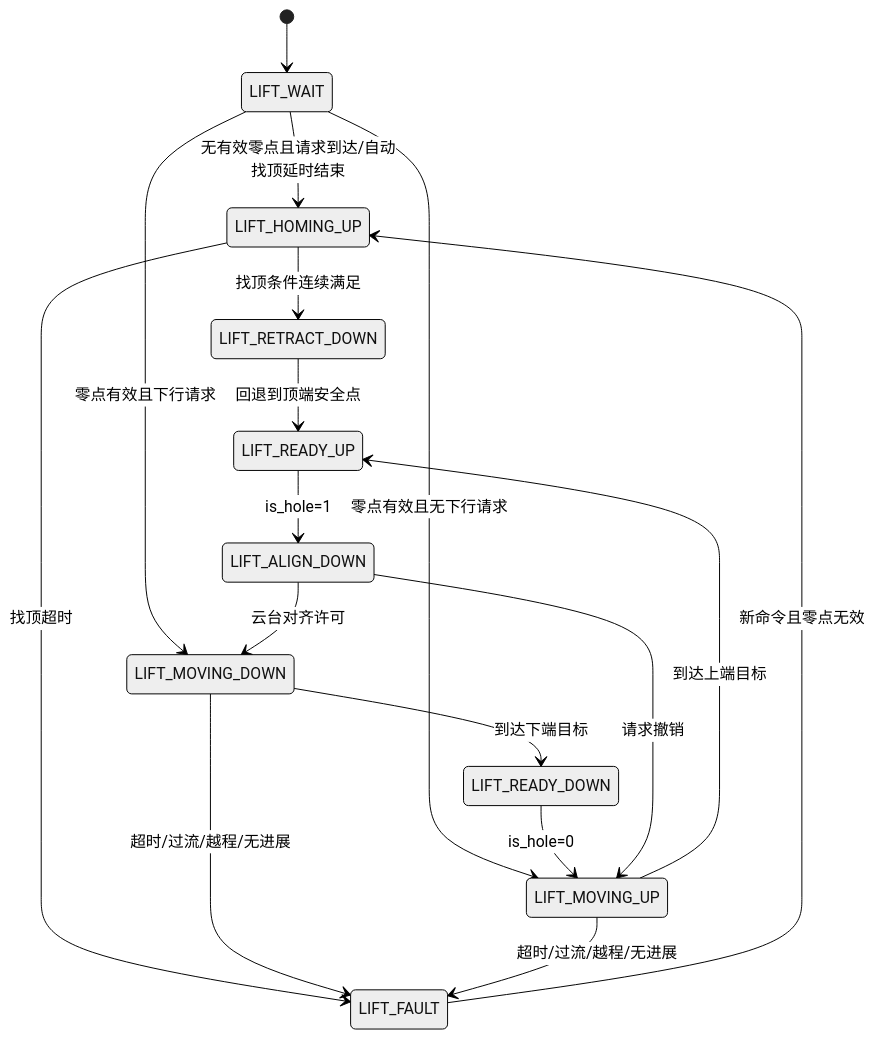
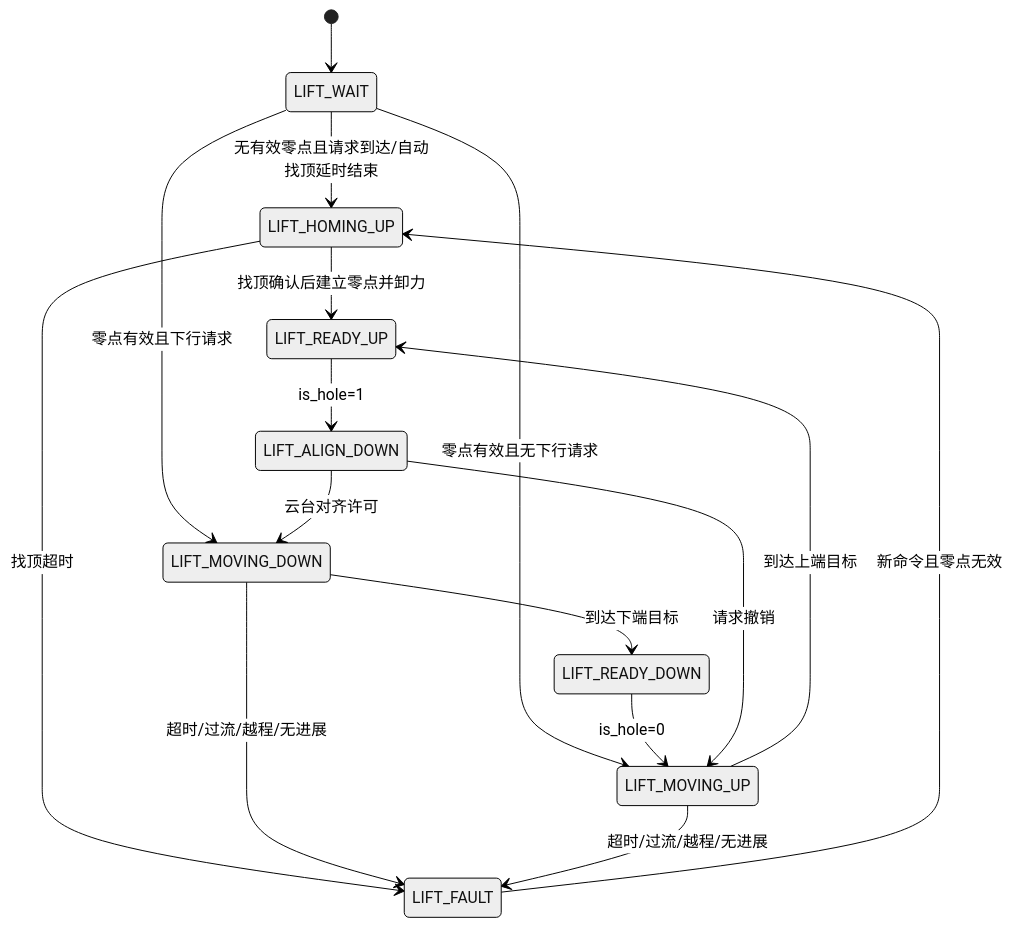
One commit to RP27-EC/27_HQZ changed the diagram in task_up/docs/lift.md. Above: the diagram before and after it, drawn with Mermaid (neutral theme). The commit also changed other lines of this file and 17 other files, not shown here.

````diff
--- a/task_up/docs/lift.md
+++ b/task_up/docs/lift.md
@@ -9,19 +36,18 @@
 ```mermaid
 stateDiagram-v2
   [*] --> LIFT_WAIT
   LIFT_WAIT --> LIFT_HOMING_UP: 无有效零点且请求到达/自动找顶延时结束
   LIFT_WAIT --> LIFT_MOVING_UP: 零点有效且无下行请求
   LIFT_WAIT --> LIFT_MOVING_DOWN: 零点有效且下行请求
-  LIFT_HOMING_UP --> LIFT_RETRACT_DOWN: 找顶条件连续满足
-  LIFT_RETRACT_DOWN --> LIFT_READY_UP: 回退到顶端安全点
+  LIFT_HOMING_UP --> LIFT_READY_UP: 找顶确认后建立零点并卸力
   LIFT_READY_UP --> LIFT_ALIGN_DOWN: is_hole=1
   LIFT_ALIGN_DOWN --> LIFT_MOVING_DOWN: 云台对齐许可
   LIFT_MOVING_DOWN --> LIFT_READY_DOWN: 到达下端目标
   LIFT_READY_DOWN --> LIFT_MOVING_UP: is_hole=0
   LIFT_MOVING_UP --> LIFT_READY_UP: 到达上端目标
   LIFT_ALIGN_DOWN --> LIFT_MOVING_UP: 请求撤销
   LIFT_HOMING_UP --> LIFT_FAULT: 找顶超时
   LIFT_MOVING_DOWN --> LIFT_FAULT: 超时/过流/越程/无进展
   LIFT_MOVING_UP --> LIFT_FAULT: 超时/过流/越程/无进展
   LIFT_FAULT --> LIFT_HOMING_UP: 新命令且零点无效
 ```
````
